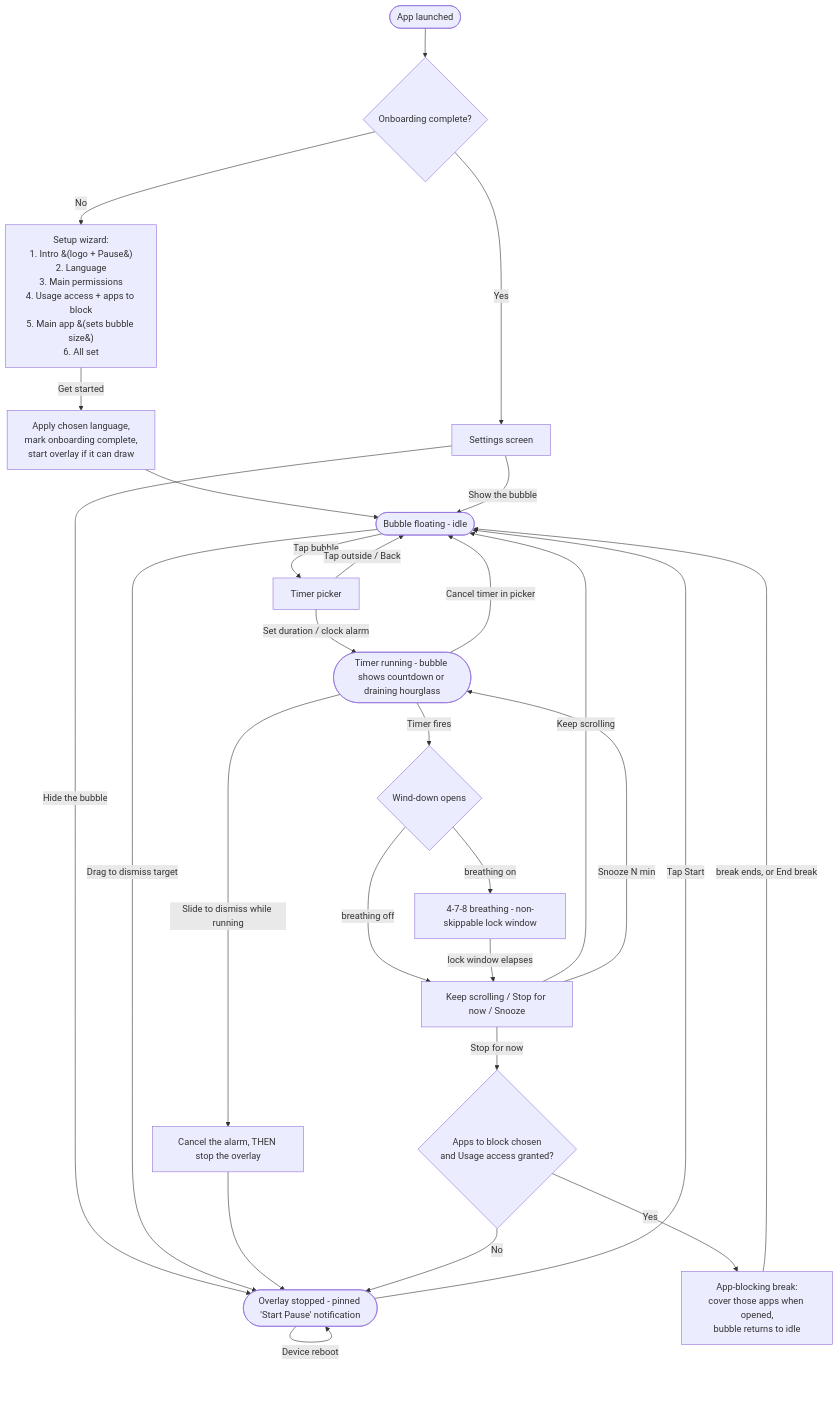
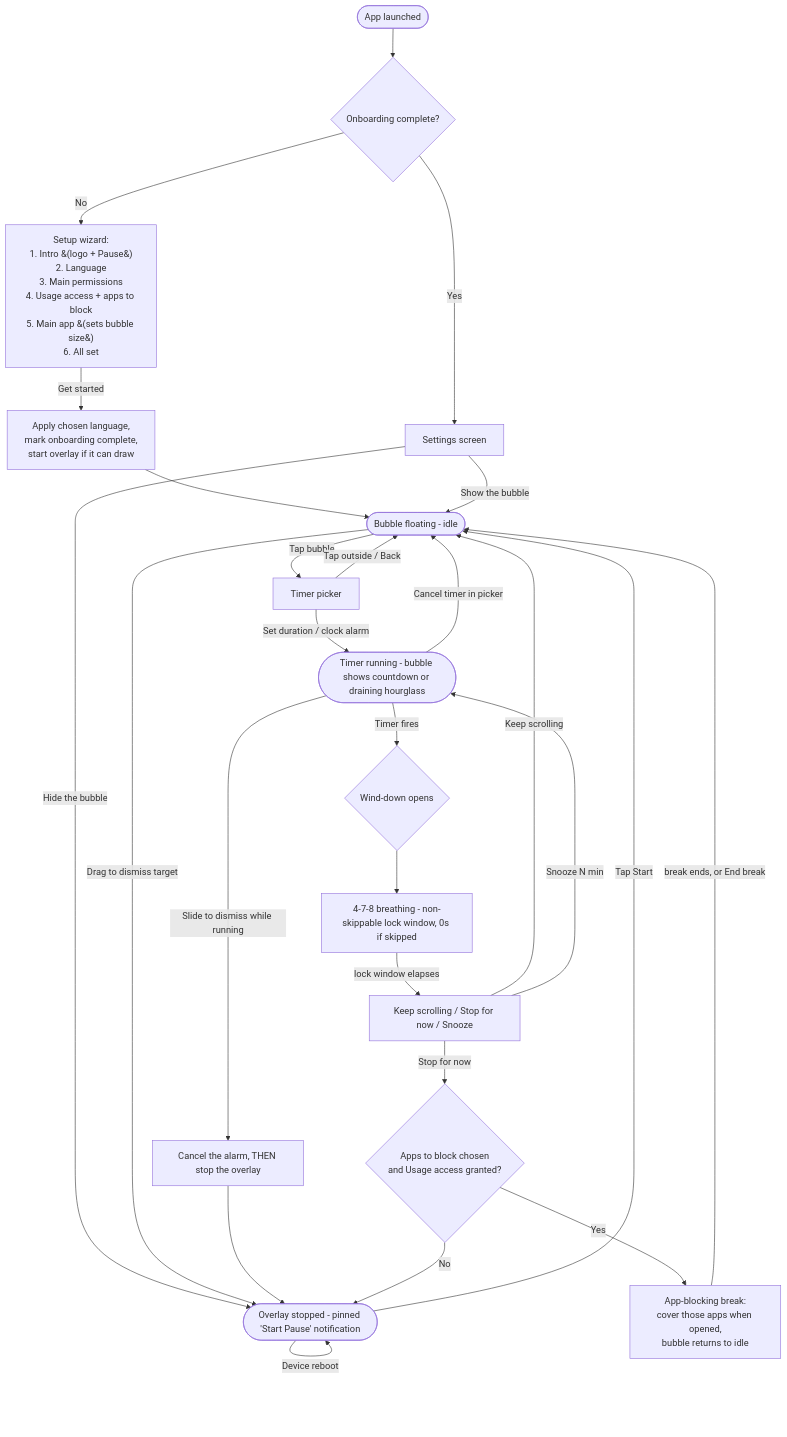
One commit to MZuhairKhan/Pause changed the diagram in FLOW.md. Above: the diagram before and after it, drawn with Mermaid. The commit also changed 21 other files, not shown here.

First line of the commit message:
feat: replace the breathing on/off switch with a 0s minimum

````diff
--- a/FLOW.md
+++ b/FLOW.md
@@ -6,38 +6,37 @@
 ```mermaid
 flowchart TD
     Launch([App launched]) --> Onboarded{Onboarding complete?}
 
     Onboarded -- No --> Wizard[Setup wizard:<br/>1. Intro &#40;logo + Pause&#41;<br/>2. Language<br/>3. Main permissions<br/>4. Usage access + apps to block<br/>5. Main app &#40;sets bubble size&#41;<br/>6. All set]
     Wizard -->|Get started| Finish[Apply chosen language,<br/>mark onboarding complete,<br/>start overlay if it can draw]
     Onboarded -- Yes --> Settings[Settings screen]
 
     Finish --> Idle
     Settings -->|Show the bubble| Idle
     Settings -->|Hide the bubble| Off
 
     Idle([Bubble floating - idle]) -->|Tap bubble| Picker[Timer picker]
     Picker -->|Set duration / clock alarm| Running
     Picker -->|Tap outside / Back| Idle
     Idle -->|Drag to dismiss target| Off
 
     Running([Timer running - bubble shows countdown or draining hourglass])
     Running -->|Slide to dismiss while running| CancelStop[Cancel the alarm, THEN stop the overlay]
     Running -->|Cancel timer in picker| Idle
     Running -->|Timer fires| WindDown
     CancelStop --> Off
 
     WindDown{Wind-down opens}
-    WindDown -->|breathing on| Breathe[4-7-8 breathing - non-skippable lock window]
-    WindDown -->|breathing off| Actions
+    WindDown --> Breathe[4-7-8 breathing - non-skippable lock window, 0s if skipped]
     Breathe -->|lock window elapses| Actions[Keep scrolling / Stop for now / Snooze]
 
     Actions -->|Keep scrolling| Idle
     Actions -->|Snooze N min| Running
     Actions -->|Stop for now| StopForNow{Apps to block chosen<br/>and Usage access granted?}
     StopForNow -- Yes --> Break[App-blocking break:<br/>cover those apps when opened,<br/>bubble returns to idle]
     StopForNow -- No --> Off
     Break -->|break ends, or End break| Idle
 
     Off([Overlay stopped - pinned 'Start Pause' notification]) -->|Tap Start| Idle
     Off -->|Device reboot| Off
 ```
````
